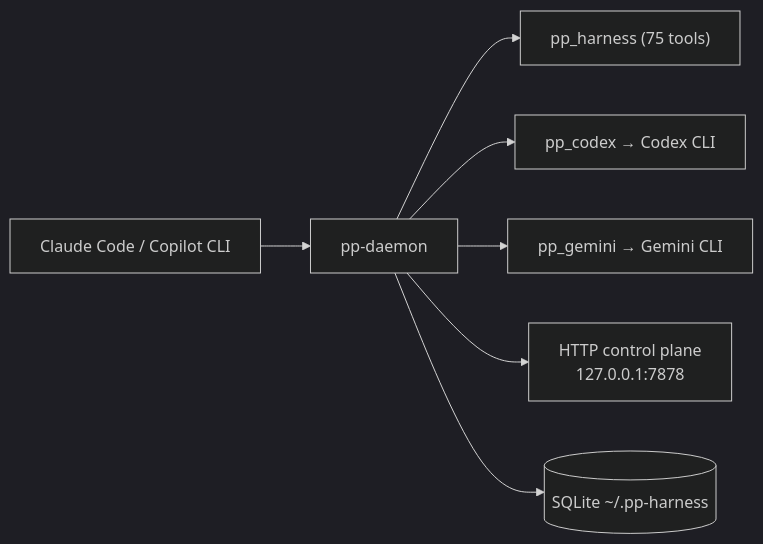
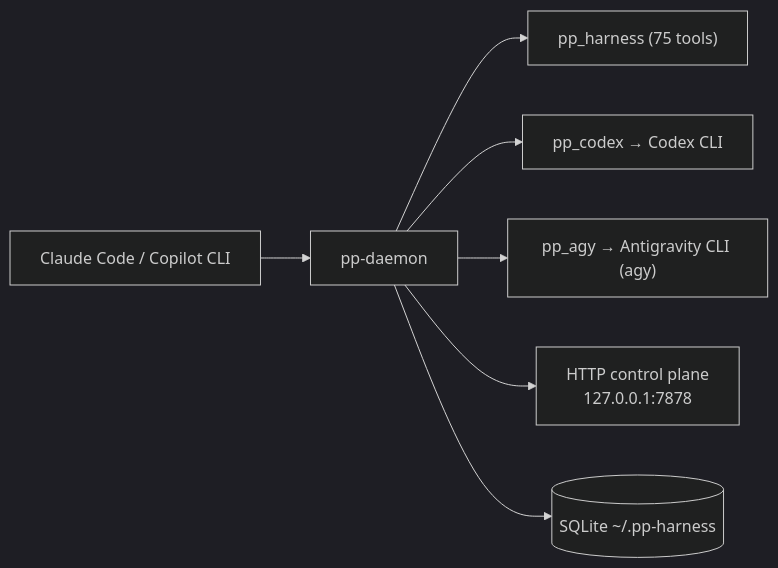
One commit to lebobo88/pair-programmer changed the first of 2 diagrams in README.md. Above: the diagram before and after it, drawn with Mermaid. The commit also changed other lines of this file and 120 other files, not shown here.

````diff
--- a/README.md
+++ b/README.md
@@ -14,10 +14,10 @@
 ```mermaid
 %%{init: {'theme':'dark'}}%%
 graph LR
     CC["Claude Code / Copilot CLI"] --> H["pp-daemon"]
     H --> HARNESS["pp_harness (75 tools)"]
     H --> CODEX["pp_codex → Codex CLI"]
-    H --> GEMINI["pp_gemini → Gemini CLI"]
+    H --> AGY["pp_agy → Antigravity CLI (agy)"]
     H --> HTTP["HTTP control plane<br/>127.0.0.1:7878"]
     H --> DB[("SQLite ~/.pp-harness")]
 ```
````
